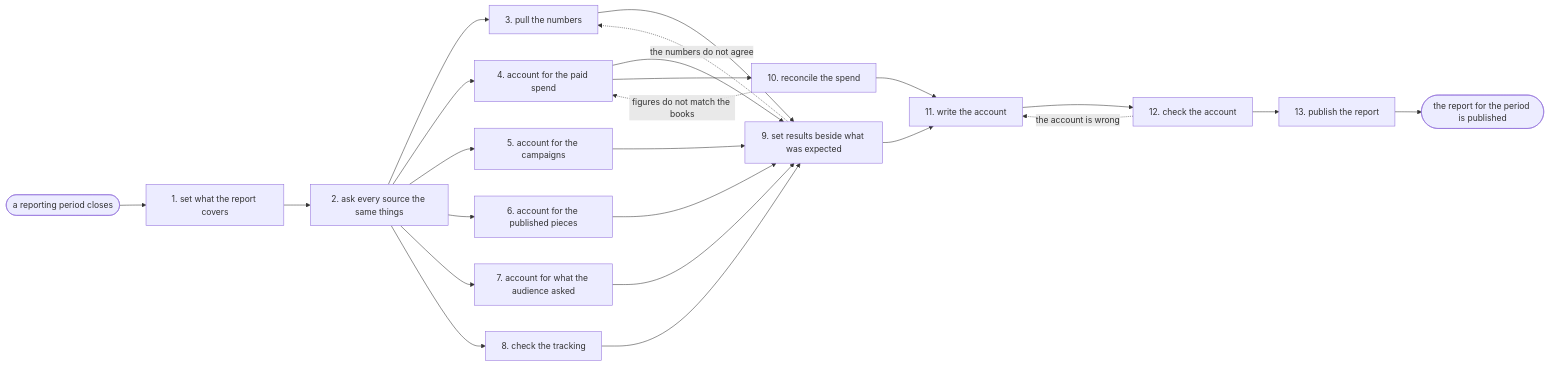
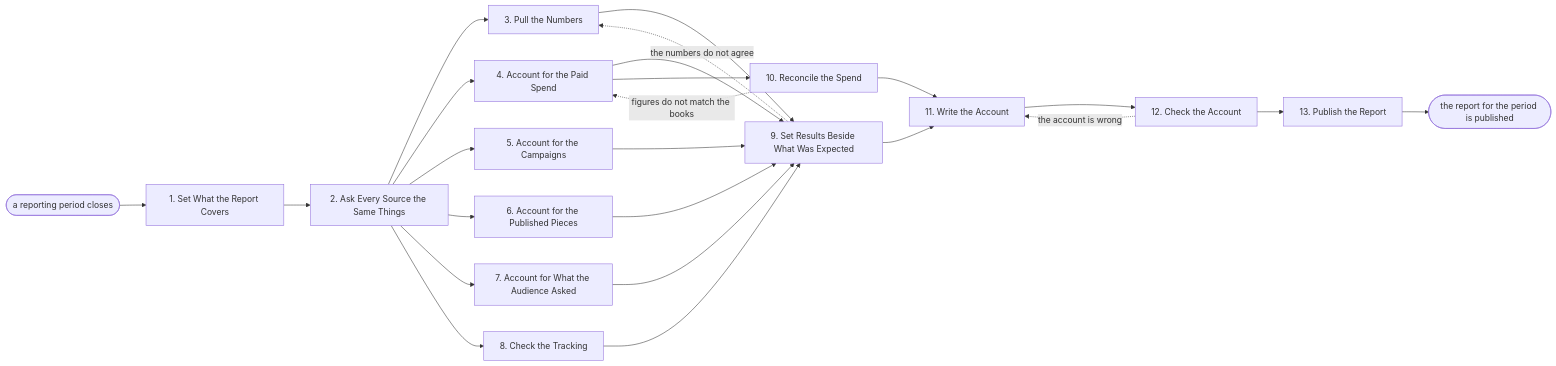
Before and after one commit to jeffrschneider/agentcatalog: the diagram in processes/marketing/marketing-performance-report.md, drawn with Mermaid. The commit also changed other lines of this file and 146 other files, not shown here.

````diff
--- a/processes/marketing/marketing-performance-report.md
+++ b/processes/marketing/marketing-performance-report.md
@@ -34,26 +34,26 @@
 ```mermaid
 flowchart LR
-  T([a reporting period closes]) --> A1[1. set what the report covers]
-  A1 --> A2[2. ask every source the same things]
-  A2 --> A3[3. pull the numbers]
-  A2 --> A4[4. account for the paid spend]
-  A2 --> A5[5. account for the campaigns]
-  A2 --> A6[6. account for the published pieces]
-  A2 --> A7[7. account for what the audience asked]
-  A2 --> A8[8. check the tracking]
-  A3 --> A9[9. set results beside what was expected]
+  T([a reporting period closes]) --> A1[1. Set What the Report Covers]
+  A1 --> A2[2. Ask Every Source the Same Things]
+  A2 --> A3[3. Pull the Numbers]
+  A2 --> A4[4. Account for the Paid Spend]
+  A2 --> A5[5. Account for the Campaigns]
+  A2 --> A6[6. Account for the Published Pieces]
+  A2 --> A7[7. Account for What the Audience Asked]
+  A2 --> A8[8. Check the Tracking]
+  A3 --> A9[9. Set Results Beside What Was Expected]
   A4 --> A9
   A5 --> A9
   A6 --> A9
   A7 --> A9
   A8 --> A9
   A9 -. the numbers do not agree .-> A3
-  A4 --> A10[10. reconcile the spend]
+  A4 --> A10[10. Reconcile the Spend]
   A10 -. figures do not match the books .-> A4
-  A9 --> A11[11. write the account]
+  A9 --> A11[11. Write the Account]
   A10 --> A11
-  A11 --> A12[12. check the account]
+  A11 --> A12[12. Check the Account]
   A12 -. the account is wrong .-> A11
-  A12 --> A13[13. publish the report]
+  A12 --> A13[13. Publish the Report]
   A13 --> DONE([the report for the period is published])
 ```
````
